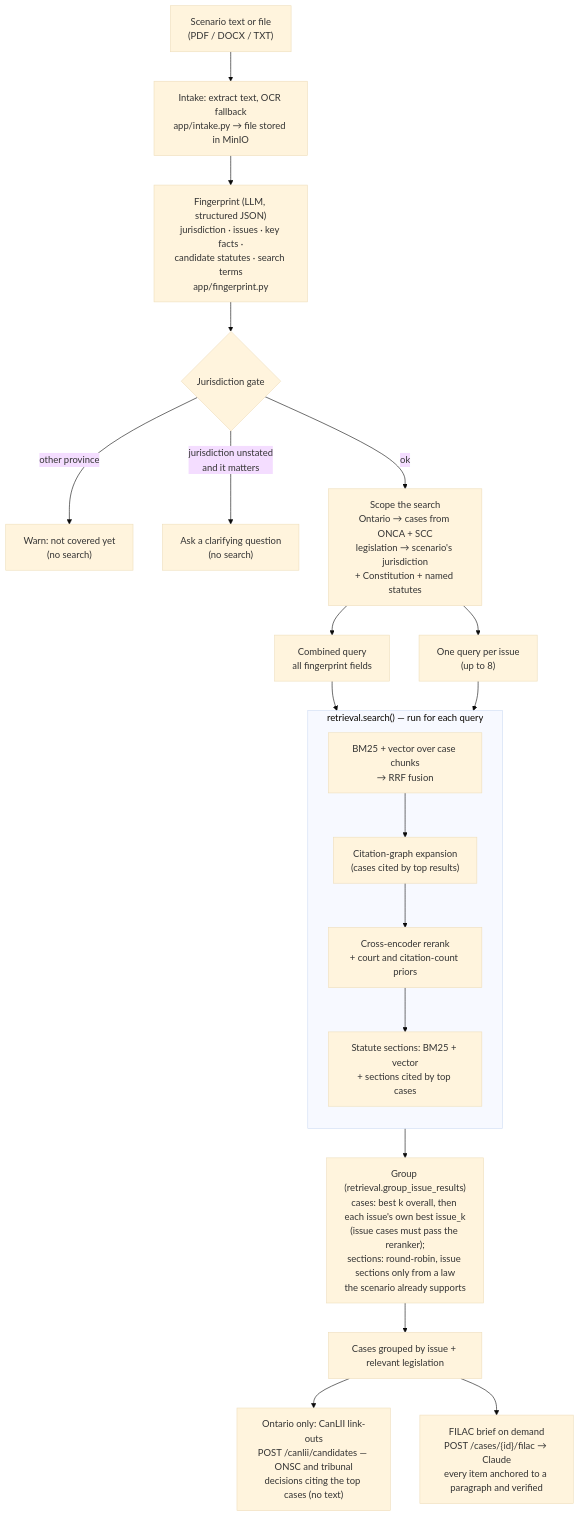
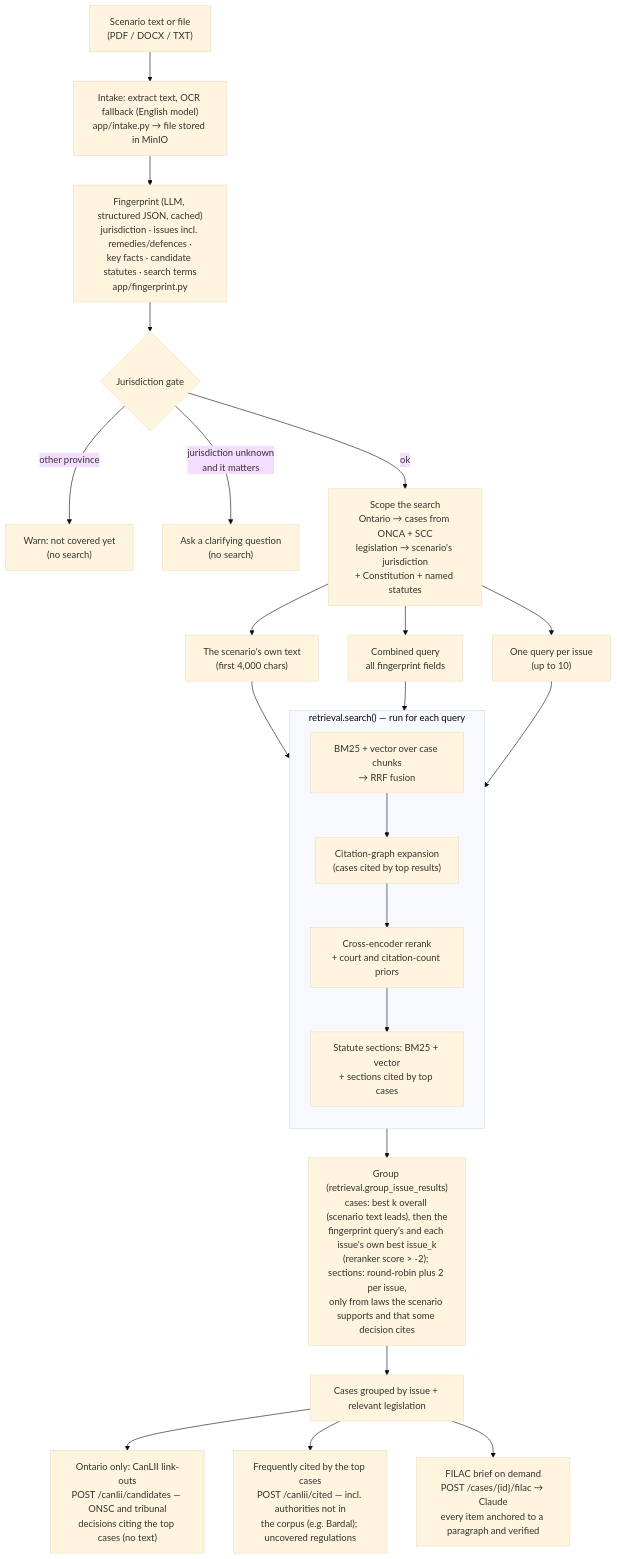
The second of 3 diagrams in README.md (Kevinwen1999/LawSearch), drawn with Mermaid (base theme) before and after one commit. The commit also changed other lines of this file and 67 other files, not shown here.

````diff
--- a/README.md
+++ b/README.md
@@ -37,26 +37,29 @@
 ```mermaid
 flowchart TD
-    input["Scenario text or file<br/>(PDF / DOCX / TXT)"] --> intake["Intake: extract text, OCR fallback<br/>app/intake.py → file stored in MinIO"]
-    intake --> fp["Fingerprint (LLM, structured JSON)<br/>jurisdiction · issues · key facts ·<br/>candidate statutes · search terms<br/>app/fingerprint.py"]
+    input["Scenario text or file<br/>(PDF / DOCX / TXT)"] --> intake["Intake: extract text, OCR fallback (English model)<br/>app/intake.py → file stored in MinIO"]
+    intake --> fp["Fingerprint (LLM, structured JSON, cached)<br/>jurisdiction · issues incl. remedies/defences ·<br/>key facts · candidate statutes · search terms<br/>app/fingerprint.py"]
     fp --> gate{"Jurisdiction gate"}
     gate -- "other province" --> unsupported["Warn: not covered yet<br/>(no search)"]
-    gate -- "jurisdiction unstated<br/>and it matters" --> clarify["Ask a clarifying question<br/>(no search)"]
+    gate -- "jurisdiction unknown<br/>and it matters" --> clarify["Ask a clarifying question<br/>(no search)"]
     gate -- ok --> scope["Scope the search<br/>Ontario → cases from ONCA + SCC<br/>legislation → scenario's jurisdiction<br/>+ Constitution + named statutes"]
 
+    scope --> rawq["The scenario's own text<br/>(first 4,000 chars)"]
     scope --> combined["Combined query<br/>all fingerprint fields"]
-    scope --> issues["One query per issue<br/>(up to 8)"]
+    scope --> issues["One query per issue<br/>(up to 10)"]
 
     subgraph search["retrieval.search() — run for each query"]
         direction TB
         cand["BM25 + vector over case chunks<br/>→ RRF fusion"] --> expand["Citation-graph expansion<br/>(cases cited by top results)"]
         expand --> rerank["Cross-encoder rerank<br/>+ court and citation-count priors"]
         rerank --> sections["Statute sections: BM25 + vector<br/>+ sections cited by top cases"]
     end
 
+    rawq --> search
     combined --> search
     issues --> search
-    search --> merge["Group (retrieval.group_issue_results)<br/>cases: best k overall, then each issue's own best issue_k<br/>(issue cases must pass the reranker);<br/>sections: round-robin, issue sections only from a law<br/>the scenario already supports"]
+    search --> merge["Group (retrieval.group_issue_results)<br/>cases: best k overall (scenario text leads), then the<br/>fingerprint query's and each issue's own best issue_k<br/>(reranker score > -2); sections: round-robin plus 2 per issue,<br/>only from laws the scenario supports and that some decision cites"]
     merge --> results["Cases grouped by issue + relevant legislation"]
     results --> canliid["Ontario only: CanLII link-outs<br/>POST /canlii/candidates — ONSC and tribunal<br/>decisions citing the top cases (no text)"]
+    results --> cited["Frequently cited by the top cases<br/>POST /canlii/cited — incl. authorities not in<br/>the corpus (e.g. Bardal); uncovered regulations"]
     results --> brief["FILAC brief on demand<br/>POST /cases/{id}/filac → Claude<br/>every item anchored to a paragraph and verified"]
 ```
````
